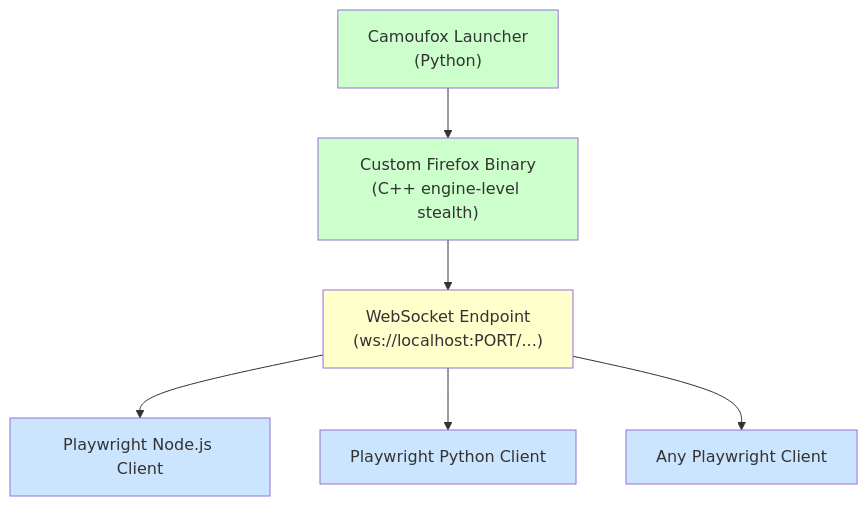
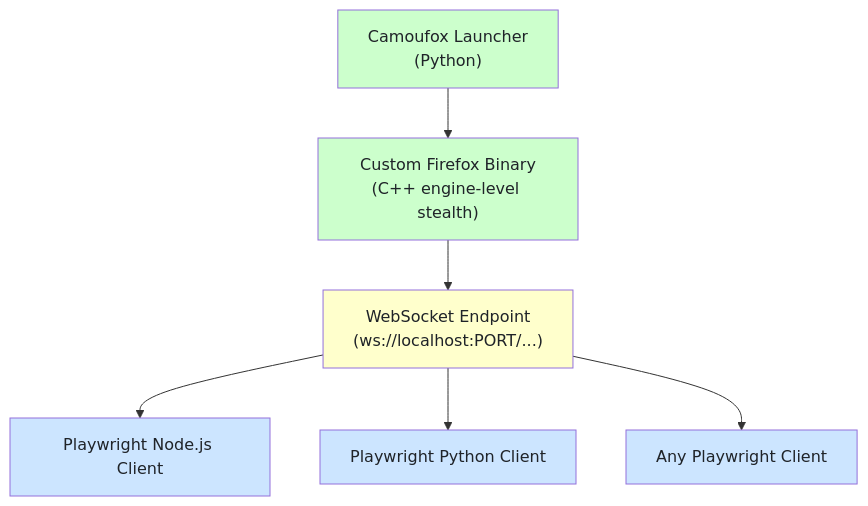
One commit to bytetunnels/bytetunnels.github.com changed the first of 6 diagrams in _posts/2026-02-15-camoufox-with-javascript-browser-automation-without-detection.md. Above: the diagram before and after it, drawn with Mermaid. The commit also changed other lines of this file and 118 other files, not shown here.

Commit message:
feat: improve diagram styling and compact wide flowcharts

````diff
--- a/_posts/2026-02-15-camoufox-with-javascript-browser-automation-without-detection.md
+++ b/_posts/2026-02-15-camoufox-with-javascript-browser-automation-without-detection.md
@@ -21,15 +21,15 @@
 ```mermaid
 graph TD
     A["Camoufox Launcher<br>(Python)"] --> B["Custom Firefox Binary<br>(C++ engine-level stealth)"]
     B --> C["WebSocket Endpoint<br>(ws://localhost:PORT/...)"]
     C --> D["Playwright Node.js Client"]
     C --> E["Playwright Python Client"]
     C --> F["Any Playwright Client"]
 
-    style A fill:#ccffcc
-    style B fill:#ccffcc
-    style C fill:#ffffcc
-    style D fill:#cce5ff
-    style E fill:#cce5ff
-    style F fill:#cce5ff
+    style A fill:#ccffcc,color:#1f2328
+    style B fill:#ccffcc,color:#1f2328
+    style C fill:#ffffcc,color:#1f2328
+    style D fill:#cce5ff,color:#1f2328
+    style E fill:#cce5ff,color:#1f2328
+    style F fill:#cce5ff,color:#1f2328
 ```
````
